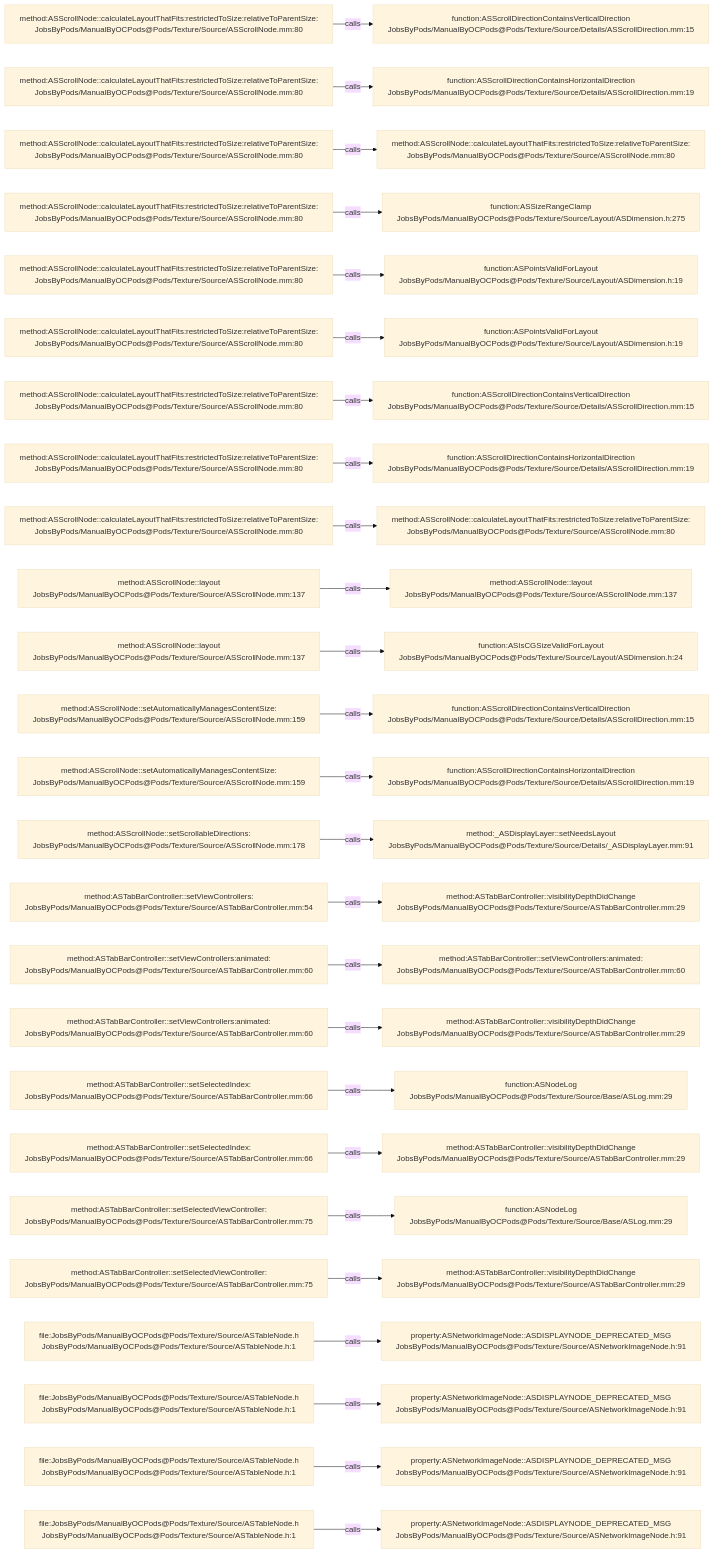
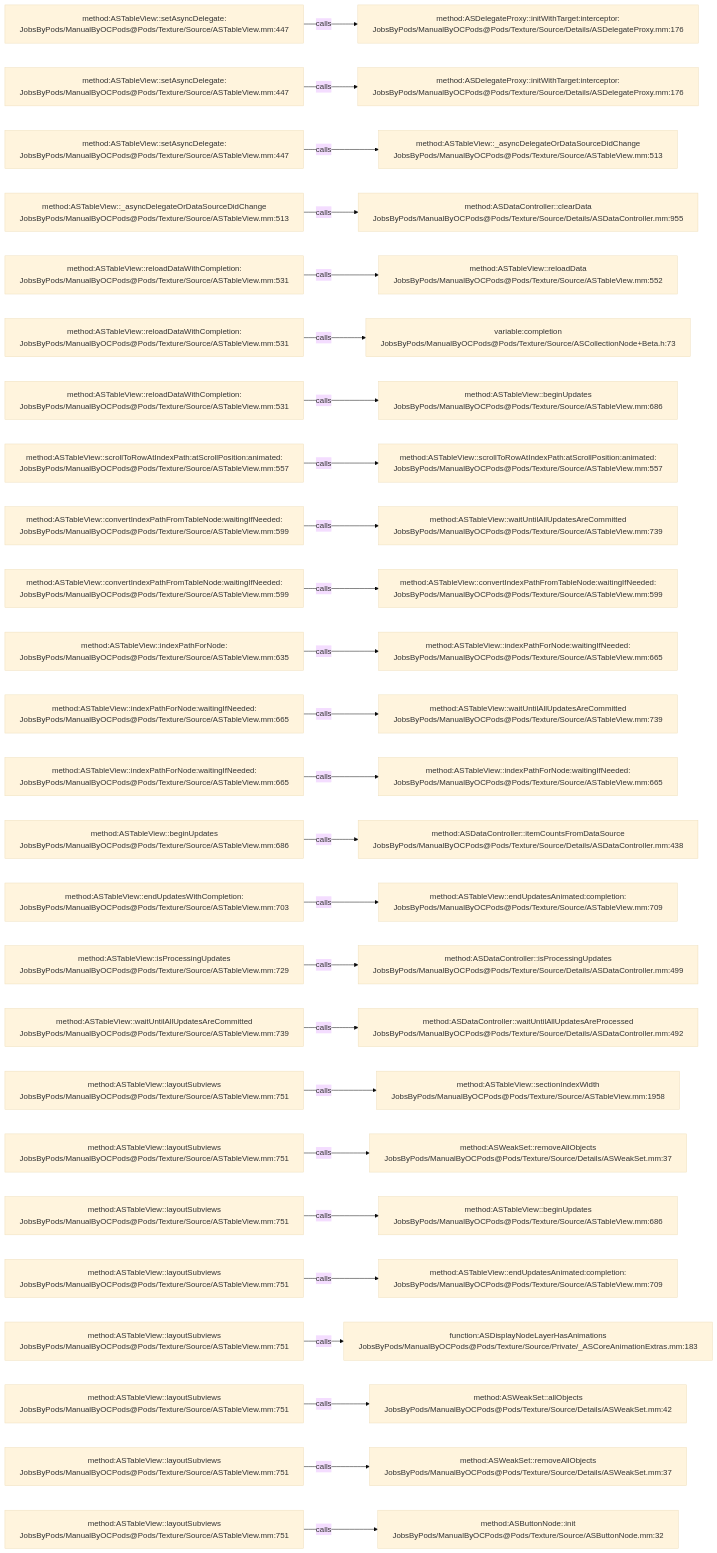
Before and after one commit to JobsKits/JobsOCBaseConfigDemo: the diagram in .codegraph/codegraph.md/graphs/calls-129.md, drawn with Mermaid (base theme). The commit also changed 1223 other files, not shown here.

````diff
--- a/.codegraph/codegraph.md/graphs/calls-129.md
+++ b/.codegraph/codegraph.md/graphs/calls-129.md
@@ -13,78 +13,78 @@
 ```mermaid
 flowchart LR
-  S1["method:ASScrollNode::calculateLayoutThatFits:restrictedToSize:relativeToParentSize:<br/>JobsByPods/ManualByOCPods@Pods/Texture/Source/ASScrollNode.mm:80"]
-  T1["function:ASScrollDirectionContainsVerticalDirection<br/>JobsByPods/ManualByOCPods@Pods/Texture/Source/Details/ASScrollDirection.mm:15"]
+  S1["method:ASTableView::setAsyncDelegate:<br/>JobsByPods/ManualByOCPods@Pods/Texture/Source/ASTableView.mm:447"]
+  T1["method:ASDelegateProxy::initWithTarget:interceptor:<br/>JobsByPods/ManualByOCPods@Pods/Texture/Source/Details/ASDelegateProxy.mm:176"]
   S1 -->|calls| T1
-  S2["method:ASScrollNode::calculateLayoutThatFits:restrictedToSize:relativeToParentSize:<br/>JobsByPods/ManualByOCPods@Pods/Texture/Source/ASScrollNode.mm:80"]
-  T2["function:ASScrollDirectionContainsHorizontalDirection<br/>JobsByPods/ManualByOCPods@Pods/Texture/Source/Details/ASScrollDirection.mm:19"]
+  S2["method:ASTableView::setAsyncDelegate:<br/>JobsByPods/ManualByOCPods@Pods/Texture/Source/ASTableView.mm:447"]
+  T2["method:ASDelegateProxy::initWithTarget:interceptor:<br/>JobsByPods/ManualByOCPods@Pods/Texture/Source/Details/ASDelegateProxy.mm:176"]
   S2 -->|calls| T2
-  S3["method:ASScrollNode::calculateLayoutThatFits:restrictedToSize:relativeToParentSize:<br/>JobsByPods/ManualByOCPods@Pods/Texture/Source/ASScrollNode.mm:80"]
-  T3["method:ASScrollNode::calculateLayoutThatFits:restrictedToSize:relativeToParentSize:<br/>JobsByPods/ManualByOCPods@Pods/Texture/Source/ASScrollNode.mm:80"]
+  S3["method:ASTableView::setAsyncDelegate:<br/>JobsByPods/ManualByOCPods@Pods/Texture/Source/ASTableView.mm:447"]
+  T3["method:ASTableView::_asyncDelegateOrDataSourceDidChange<br/>JobsByPods/ManualByOCPods@Pods/Texture/Source/ASTableView.mm:513"]
   S3 -->|calls| T3
-  S4["method:ASScrollNode::calculateLayoutThatFits:restrictedToSize:relativeToParentSize:<br/>JobsByPods/ManualByOCPods@Pods/Texture/Source/ASScrollNode.mm:80"]
-  T4["function:ASSizeRangeClamp<br/>JobsByPods/ManualByOCPods@Pods/Texture/Source/Layout/ASDimension.h:275"]
+  S4["method:ASTableView::_asyncDelegateOrDataSourceDidChange<br/>JobsByPods/ManualByOCPods@Pods/Texture/Source/ASTableView.mm:513"]
+  T4["method:ASDataController::clearData<br/>JobsByPods/ManualByOCPods@Pods/Texture/Source/Details/ASDataController.mm:955"]
   S4 -->|calls| T4
-  S5["method:ASScrollNode::calculateLayoutThatFits:restrictedToSize:relativeToParentSize:<br/>JobsByPods/ManualByOCPods@Pods/Texture/Source/ASScrollNode.mm:80"]
-  T5["function:ASPointsValidForLayout<br/>JobsByPods/ManualByOCPods@Pods/Texture/Source/Layout/ASDimension.h:19"]
+  S5["method:ASTableView::reloadDataWithCompletion:<br/>JobsByPods/ManualByOCPods@Pods/Texture/Source/ASTableView.mm:531"]
+  T5["method:ASTableView::reloadData<br/>JobsByPods/ManualByOCPods@Pods/Texture/Source/ASTableView.mm:552"]
   S5 -->|calls| T5
-  S6["method:ASScrollNode::calculateLayoutThatFits:restrictedToSize:relativeToParentSize:<br/>JobsByPods/ManualByOCPods@Pods/Texture/Source/ASScrollNode.mm:80"]
-  T6["function:ASPointsValidForLayout<br/>JobsByPods/ManualByOCPods@Pods/Texture/Source/Layout/ASDimension.h:19"]
+  S6["method:ASTableView::reloadDataWithCompletion:<br/>JobsByPods/ManualByOCPods@Pods/Texture/Source/ASTableView.mm:531"]
+  T6["variable:completion<br/>JobsByPods/ManualByOCPods@Pods/Texture/Source/ASCollectionNode+Beta.h:73"]
   S6 -->|calls| T6
-  S7["method:ASScrollNode::calculateLayoutThatFits:restrictedToSize:relativeToParentSize:<br/>JobsByPods/ManualByOCPods@Pods/Texture/Source/ASScrollNode.mm:80"]
-  T7["function:ASScrollDirectionContainsVerticalDirection<br/>JobsByPods/ManualByOCPods@Pods/Texture/Source/Details/ASScrollDirection.mm:15"]
+  S7["method:ASTableView::reloadDataWithCompletion:<br/>JobsByPods/ManualByOCPods@Pods/Texture/Source/ASTableView.mm:531"]
+  T7["method:ASTableView::beginUpdates<br/>JobsByPods/ManualByOCPods@Pods/Texture/Source/ASTableView.mm:686"]
   S7 -->|calls| T7
-  S8["method:ASScrollNode::calculateLayoutThatFits:restrictedToSize:relativeToParentSize:<br/>JobsByPods/ManualByOCPods@Pods/Texture/Source/ASScrollNode.mm:80"]
-  T8["function:ASScrollDirectionContainsHorizontalDirection<br/>JobsByPods/ManualByOCPods@Pods/Texture/Source/Details/ASScrollDirection.mm:19"]
+  S8["method:ASTableView::scrollToRowAtIndexPath:atScrollPosition:animated:<br/>JobsByPods/ManualByOCPods@Pods/Texture/Source/ASTableView.mm:557"]
+  T8["method:ASTableView::scrollToRowAtIndexPath:atScrollPosition:animated:<br/>JobsByPods/ManualByOCPods@Pods/Texture/Source/ASTableView.mm:557"]
   S8 -->|calls| T8
-  S9["method:ASScrollNode::calculateLayoutThatFits:restrictedToSize:relativeToParentSize:<br/>JobsByPods/ManualByOCPods@Pods/Texture/Source/ASScrollNode.mm:80"]
-  T9["method:ASScrollNode::calculateLayoutThatFits:restrictedToSize:relativeToParentSize:<br/>JobsByPods/ManualByOCPods@Pods/Texture/Source/ASScrollNode.mm:80"]
+  S9["method:ASTableView::convertIndexPathFromTableNode:waitingIfNeeded:<br/>JobsByPods/ManualByOCPods@Pods/Texture/Source/ASTableView.mm:599"]
+  T9["method:ASTableView::waitUntilAllUpdatesAreCommitted<br/>JobsByPods/ManualByOCPods@Pods/Texture/Source/ASTableView.mm:739"]
   S9 -->|calls| T9
-  S10["method:ASScrollNode::layout<br/>JobsByPods/ManualByOCPods@Pods/Texture/Source/ASScrollNode.mm:137"]
-  T10["method:ASScrollNode::layout<br/>JobsByPods/ManualByOCPods@Pods/Texture/Source/ASScrollNode.mm:137"]
+  S10["method:ASTableView::convertIndexPathFromTableNode:waitingIfNeeded:<br/>JobsByPods/ManualByOCPods@Pods/Texture/Source/ASTableView.mm:599"]
+  T10["method:ASTableView::convertIndexPathFromTableNode:waitingIfNeeded:<br/>JobsByPods/ManualByOCPods@Pods/Texture/Source/ASTableView.mm:599"]
   S10 -->|calls| T10
-  S11["method:ASScrollNode::layout<br/>JobsByPods/ManualByOCPods@Pods/Texture/Source/ASScrollNode.mm:137"]
-  T11["function:ASIsCGSizeValidForLayout<br/>JobsByPods/ManualByOCPods@Pods/Texture/Source/Layout/ASDimension.h:24"]
+  S11["method:ASTableView::indexPathForNode:<br/>JobsByPods/ManualByOCPods@Pods/Texture/Source/ASTableView.mm:635"]
+  T11["method:ASTableView::indexPathForNode:waitingIfNeeded:<br/>JobsByPods/ManualByOCPods@Pods/Texture/Source/ASTableView.mm:665"]
   S11 -->|calls| T11
-  S12["method:ASScrollNode::setAutomaticallyManagesContentSize:<br/>JobsByPods/ManualByOCPods@Pods/Texture/Source/ASScrollNode.mm:159"]
-  T12["function:ASScrollDirectionContainsVerticalDirection<br/>JobsByPods/ManualByOCPods@Pods/Texture/Source/Details/ASScrollDirection.mm:15"]
+  S12["method:ASTableView::indexPathForNode:waitingIfNeeded:<br/>JobsByPods/ManualByOCPods@Pods/Texture/Source/ASTableView.mm:665"]
+  T12["method:ASTableView::waitUntilAllUpdatesAreCommitted<br/>JobsByPods/ManualByOCPods@Pods/Texture/Source/ASTableView.mm:739"]
   S12 -->|calls| T12
-  S13["method:ASScrollNode::setAutomaticallyManagesContentSize:<br/>JobsByPods/ManualByOCPods@Pods/Texture/Source/ASScrollNode.mm:159"]
-  T13["function:ASScrollDirectionContainsHorizontalDirection<br/>JobsByPods/ManualByOCPods@Pods/Texture/Source/Details/ASScrollDirection.mm:19"]
+  S13["method:ASTableView::indexPathForNode:waitingIfNeeded:<br/>JobsByPods/ManualByOCPods@Pods/Texture/Source/ASTableView.mm:665"]
+  T13["method:ASTableView::indexPathForNode:waitingIfNeeded:<br/>JobsByPods/ManualByOCPods@Pods/Texture/Source/ASTableView.mm:665"]
   S13 -->|calls| T13
-  S14["method:ASScrollNode::setScrollableDirections:<br/>JobsByPods/ManualByOCPods@Pods/Texture/Source/ASScrollNode.mm:178"]
-  T14["method:_ASDisplayLayer::setNeedsLayout<br/>JobsByPods/ManualByOCPods@Pods/Texture/Source/Details/_ASDisplayLayer.mm:91"]
+  S14["method:ASTableView::beginUpdates<br/>JobsByPods/ManualByOCPods@Pods/Texture/Source/ASTableView.mm:686"]
+  T14["method:ASDataController::itemCountsFromDataSource<br/>JobsByPods/ManualByOCPods@Pods/Texture/Source/Details/ASDataController.mm:438"]
   S14 -->|calls| T14
-  S15["method:ASTabBarController::setViewControllers:<br/>JobsByPods/ManualByOCPods@Pods/Texture/Source/ASTabBarController.mm:54"]
-  T15["method:ASTabBarController::visibilityDepthDidChange<br/>JobsByPods/ManualByOCPods@Pods/Texture/Source/ASTabBarController.mm:29"]
+  S15["method:ASTableView::endUpdatesWithCompletion:<br/>JobsByPods/ManualByOCPods@Pods/Texture/Source/ASTableView.mm:703"]
+  T15["method:ASTableView::endUpdatesAnimated:completion:<br/>JobsByPods/ManualByOCPods@Pods/Texture/Source/ASTableView.mm:709"]
   S15 -->|calls| T15
-  S16["method:ASTabBarController::setViewControllers:animated:<br/>JobsByPods/ManualByOCPods@Pods/Texture/Source/ASTabBarController.mm:60"]
-  T16["method:ASTabBarController::setViewControllers:animated:<br/>JobsByPods/ManualByOCPods@Pods/Texture/Source/ASTabBarController.mm:60"]
+  S16["method:ASTableView::isProcessingUpdates<br/>JobsByPods/ManualByOCPods@Pods/Texture/Source/ASTableView.mm:729"]
+  T16["method:ASDataController::isProcessingUpdates<br/>JobsByPods/ManualByOCPods@Pods/Texture/Source/Details/ASDataController.mm:499"]
   S16 -->|calls| T16
-  S17["method:ASTabBarController::setViewControllers:animated:<br/>JobsByPods/ManualByOCPods@Pods/Texture/Source/ASTabBarController.mm:60"]
-  T17["method:ASTabBarController::visibilityDepthDidChange<br/>JobsByPods/ManualByOCPods@Pods/Texture/Source/ASTabBarController.mm:29"]
+  S17["method:ASTableView::waitUntilAllUpdatesAreCommitted<br/>JobsByPods/ManualByOCPods@Pods/Texture/Source/ASTableView.mm:739"]
+  T17["method:ASDataController::waitUntilAllUpdatesAreProcessed<br/>JobsByPods/ManualByOCPods@Pods/Texture/Source/Details/ASDataController.mm:492"]
   S17 -->|calls| T17
-  S18["method:ASTabBarController::setSelectedIndex:<br/>JobsByPods/ManualByOCPods@Pods/Texture/Source/ASTabBarController.mm:66"]
-  T18["function:ASNodeLog<br/>JobsByPods/ManualByOCPods@Pods/Texture/Source/Base/ASLog.mm:29"]
+  S18["method:ASTableView::layoutSubviews<br/>JobsByPods/ManualByOCPods@Pods/Texture/Source/ASTableView.mm:751"]
+  T18["method:ASTableView::sectionIndexWidth<br/>JobsByPods/ManualByOCPods@Pods/Texture/Source/ASTableView.mm:1958"]
   S18 -->|calls| T18
-  S19["method:ASTabBarController::setSelectedIndex:<br/>JobsByPods/ManualByOCPods@Pods/Texture/Source/ASTabBarController.mm:66"]
-  T19["method:ASTabBarController::visibilityDepthDidChange<br/>JobsByPods/ManualByOCPods@Pods/Texture/Source/ASTabBarController.mm:29"]
+  S19["method:ASTableView::layoutSubviews<br/>JobsByPods/ManualByOCPods@Pods/Texture/Source/ASTableView.mm:751"]
+  T19["method:ASWeakSet::removeAllObjects<br/>JobsByPods/ManualByOCPods@Pods/Texture/Source/Details/ASWeakSet.mm:37"]
   S19 -->|calls| T19
-  S20["method:ASTabBarController::setSelectedViewController:<br/>JobsByPods/ManualByOCPods@Pods/Texture/Source/ASTabBarController.mm:75"]
-  T20["function:ASNodeLog<br/>JobsByPods/ManualByOCPods@Pods/Texture/Source/Base/ASLog.mm:29"]
+  S20["method:ASTableView::layoutSubviews<br/>JobsByPods/ManualByOCPods@Pods/Texture/Source/ASTableView.mm:751"]
+  T20["method:ASTableView::beginUpdates<br/>JobsByPods/ManualByOCPods@Pods/Texture/Source/ASTableView.mm:686"]
   S20 -->|calls| T20
-  S21["method:ASTabBarController::setSelectedViewController:<br/>JobsByPods/ManualByOCPods@Pods/Texture/Source/ASTabBarController.mm:75"]
-  T21["method:ASTabBarController::visibilityDepthDidChange<br/>JobsByPods/ManualByOCPods@Pods/Texture/Source/ASTabBarController.mm:29"]
+  S21["method:ASTableView::layoutSubviews<br/>JobsByPods/ManualByOCPods@Pods/Texture/Source/ASTableView.mm:751"]
+  T21["method:ASTableView::endUpdatesAnimated:completion:<br/>JobsByPods/ManualByOCPods@Pods/Texture/Source/ASTableView.mm:709"]
   S21 -->|calls| T21
-  S22["file:JobsByPods/ManualByOCPods@Pods/Texture/Source/ASTableNode.h<br/>JobsByPods/ManualByOCPods@Pods/Texture/Source/ASTableNode.h:1"]
-  T22["property:ASNetworkImageNode::ASDISPLAYNODE_DEPRECATED_MSG<br/>JobsByPods/ManualByOCPods@Pods/Texture/Source/ASNetworkImageNode.h:91"]
+  S22["method:ASTableView::layoutSubviews<br/>JobsByPods/ManualByOCPods@Pods/Texture/Source/ASTableView.mm:751"]
+  T22["function:ASDisplayNodeLayerHasAnimations<br/>JobsByPods/ManualByOCPods@Pods/Texture/Source/Private/_ASCoreAnimationExtras.mm:183"]
   S22 -->|calls| T22
-  S23["file:JobsByPods/ManualByOCPods@Pods/Texture/Source/ASTableNode.h<br/>JobsByPods/ManualByOCPods@Pods/Texture/Source/ASTableNode.h:1"]
-  T23["property:ASNetworkImageNode::ASDISPLAYNODE_DEPRECATED_MSG<br/>JobsByPods/ManualByOCPods@Pods/Texture/Source/ASNetworkImageNode.h:91"]
+  S23["method:ASTableView::layoutSubviews<br/>JobsByPods/ManualByOCPods@Pods/Texture/Source/ASTableView.mm:751"]
+  T23["method:ASWeakSet::allObjects<br/>JobsByPods/ManualByOCPods@Pods/Texture/Source/Details/ASWeakSet.mm:42"]
   S23 -->|calls| T23
-  S24["file:JobsByPods/ManualByOCPods@Pods/Texture/Source/ASTableNode.h<br/>JobsByPods/ManualByOCPods@Pods/Texture/Source/ASTableNode.h:1"]
-  T24["property:ASNetworkImageNode::ASDISPLAYNODE_DEPRECATED_MSG<br/>JobsByPods/ManualByOCPods@Pods/Texture/Source/ASNetworkImageNode.h:91"]
+  S24["method:ASTableView::layoutSubviews<br/>JobsByPods/ManualByOCPods@Pods/Texture/Source/ASTableView.mm:751"]
+  T24["method:ASWeakSet::removeAllObjects<br/>JobsByPods/ManualByOCPods@Pods/Texture/Source/Details/ASWeakSet.mm:37"]
   S24 -->|calls| T24
-  S25["file:JobsByPods/ManualByOCPods@Pods/Texture/Source/ASTableNode.h<br/>JobsByPods/ManualByOCPods@Pods/Texture/Source/ASTableNode.h:1"]
-  T25["property:ASNetworkImageNode::ASDISPLAYNODE_DEPRECATED_MSG<br/>JobsByPods/ManualByOCPods@Pods/Texture/Source/ASNetworkImageNode.h:91"]
+  S25["method:ASTableView::layoutSubviews<br/>JobsByPods/ManualByOCPods@Pods/Texture/Source/ASTableView.mm:751"]
+  T25["method:ASButtonNode::init<br/>JobsByPods/ManualByOCPods@Pods/Texture/Source/ASButtonNode.mm:32"]
   S25 -->|calls| T25
 ```
````
